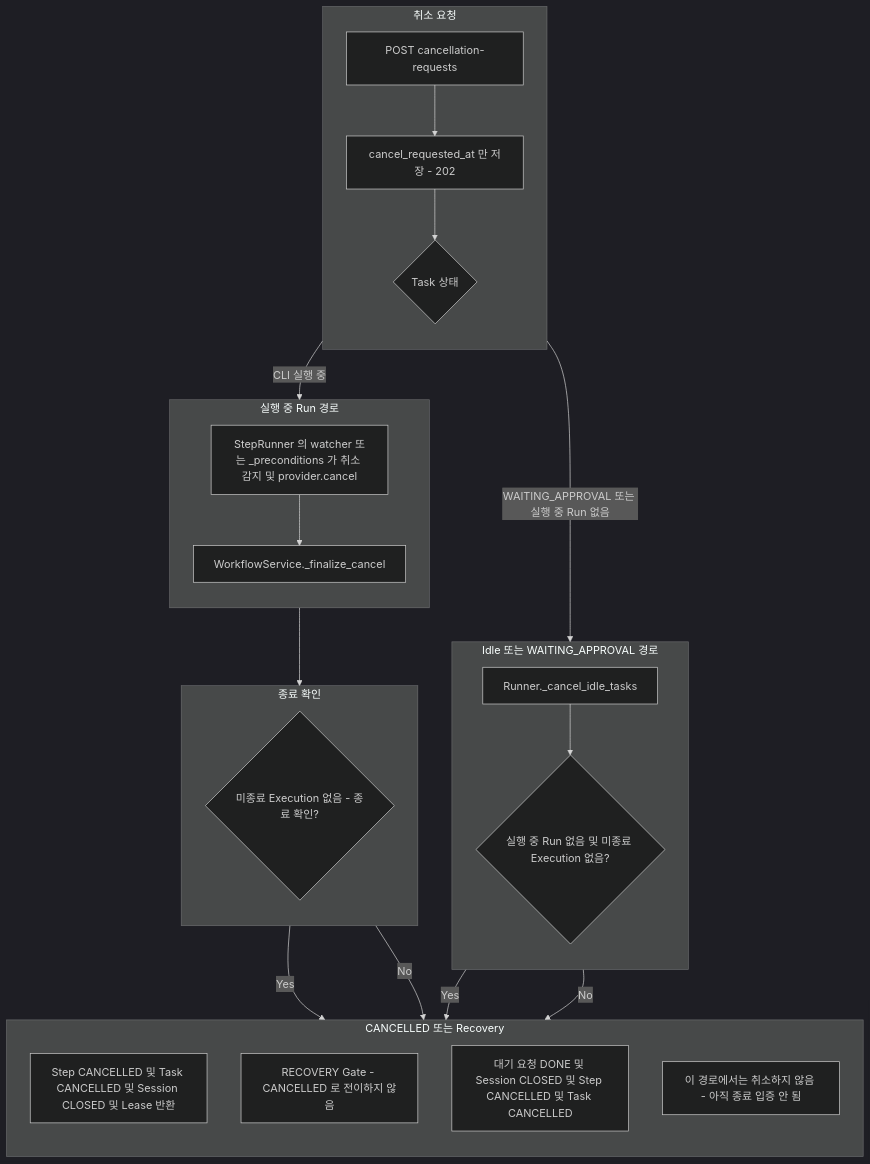
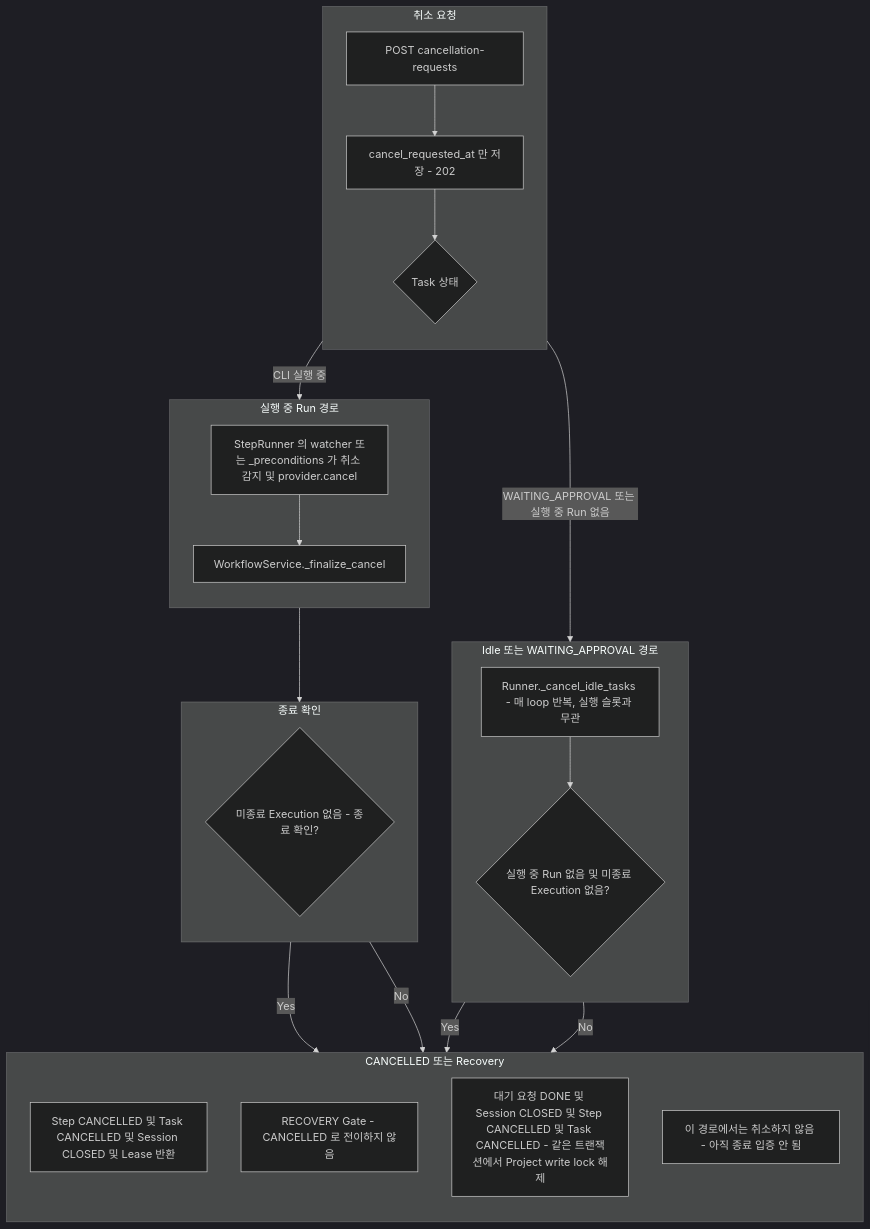
One commit to mdgome/orchestra-ai changed the first of 4 diagrams in docs/workflow/11-task-lifecycle.md. Above: the diagram before and after it, drawn with Mermaid (dark theme). The commit also changed other lines of this file and 13 other files, not shown here.

````diff
--- a/docs/workflow/11-task-lifecycle.md
+++ b/docs/workflow/11-task-lifecycle.md
@@ -11,40 +11,40 @@
 ```mermaid
 flowchart TD
     subgraph REQUEST["취소 요청"]
         direction TB
         A["POST cancellation-requests"] --> B["cancel_requested_at 만 저장 - 202"]
         B --> C{"Task 상태"}
     end
 
     subgraph RUNNING["실행 중 Run 경로"]
         direction TB
         D["StepRunner 의 watcher 또는 _preconditions 가 취소 감지 및 provider.cancel"]
         D --> E["WorkflowService._finalize_cancel"]
     end
 
     subgraph IDLE["Idle 또는 WAITING_APPROVAL 경로"]
         direction TB
-        I["Runner._cancel_idle_tasks"] --> J{"실행 중 Run 없음 및 미종료 Execution 없음?"}
+        I["Runner._cancel_idle_tasks - 매 loop 반복, 실행 슬롯과 무관"] --> J{"실행 중 Run 없음 및 미종료 Execution 없음?"}
     end
 
     subgraph CONFIRM["종료 확인"]
         direction TB
         F{"미종료 Execution 없음 - 종료 확인?"}
     end
 
     subgraph RESULT["CANCELLED 또는 Recovery"]
         direction TB
         G["Step CANCELLED 및 Task CANCELLED 및 Session CLOSED 및 Lease 반환"]
         H["RECOVERY Gate - CANCELLED 로 전이하지 않음"]
-        K["대기 요청 DONE 및 Session CLOSED 및 Step CANCELLED 및 Task CANCELLED"]
+        K["대기 요청 DONE 및 Session CLOSED 및 Step CANCELLED 및 Task CANCELLED - 같은 트랜잭션에서 Project write lock 해제"]
         L["이 경로에서는 취소하지 않음 - 아직 종료 입증 안 됨"]
     end
 
     C -->|"CLI 실행 중"| D
     C -->|"WAITING_APPROVAL 또는 실행 중 Run 없음"| I
     E --> F
     F -->|"Yes"| G
     F -->|"No"| H
     J -->|"Yes"| K
     J -->|"No"| L
 ```
````
